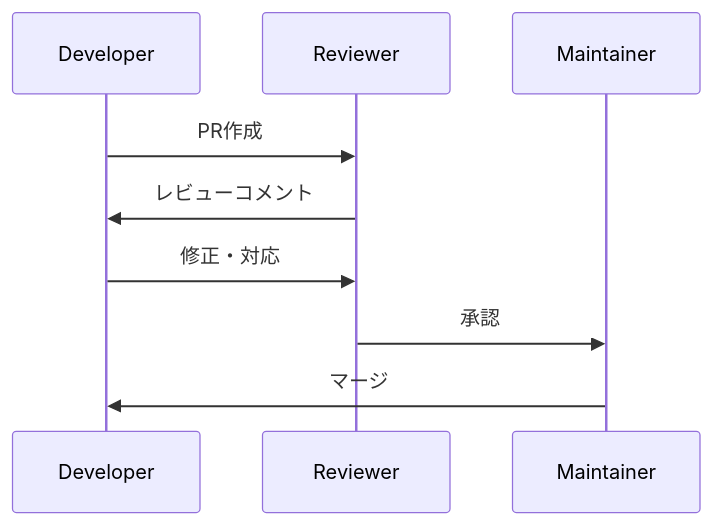
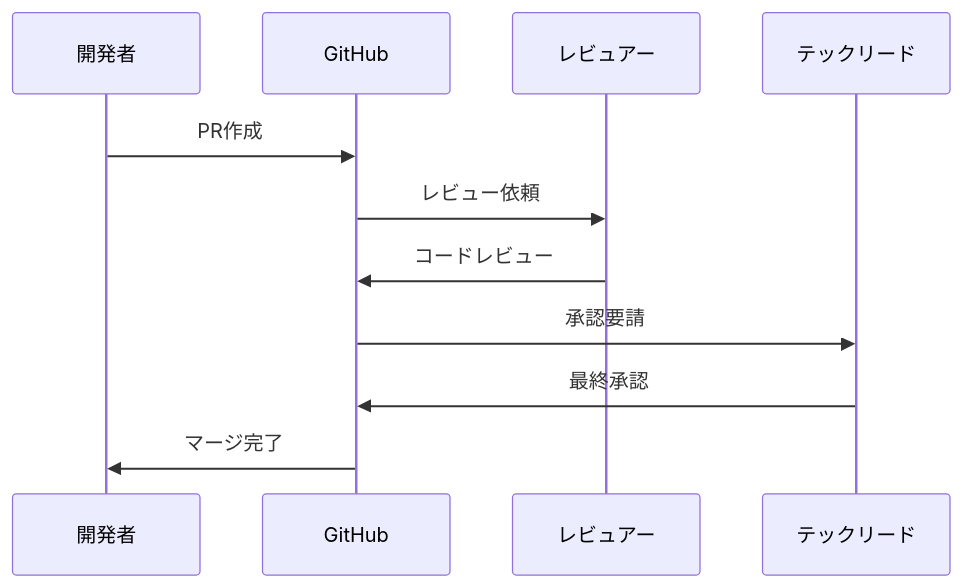
Before and after one commit to office8-inc/knowledge-management: the fourth of 17 diagrams in docs/public/github/github-mastery-guide.md, drawn with Mermaid. The commit also changed other lines of this file and 2 other files, not shown here.

First line of the commit message:
feat: GitHub機能習得優先カリキュラムに改善

````diff
--- a/docs/public/github/github-mastery-guide.md
+++ b/docs/public/github/github-mastery-guide.md
@@ -154,12 +230,14 @@
 ```mermaid
 sequenceDiagram
-    participant D as Developer
-    participant R as Reviewer
-    participant M as Maintainer
+    participant D as 開発者
+    participant GH as GitHub
+    participant R as レビュアー
+    participant TL as テックリード
     
-    D->>R: PR作成
-    R->>D: レビューコメント
-    D->>R: 修正・対応
-    R->>M: 承認
-    M->>D: マージ
+    D->>GH: PR作成
+    GH->>R: レビュー依頼
+    R->>GH: コードレビュー
+    GH->>TL: 承認要請
+    TL->>GH: 最終承認
+    GH->>D: マージ完了
 ```
````
